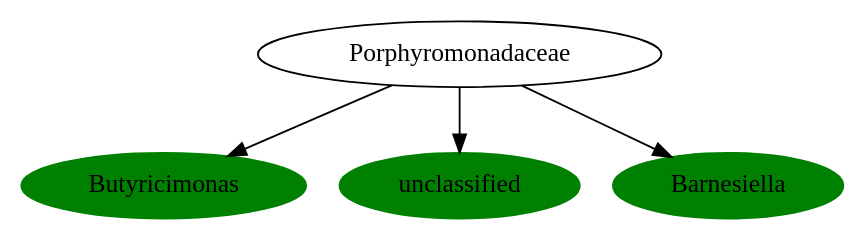
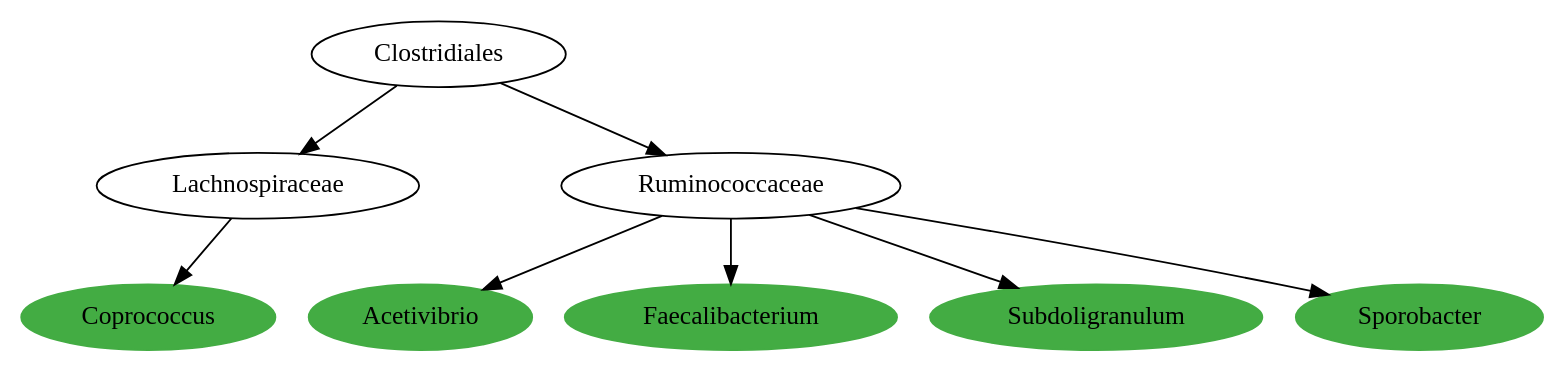
Before and after one commit to AndersHqst/thesis: the diagram in experiments/tmp/phylogenetic-tree/dotfiles/3.dot, drawn with Graphviz. The commit also changed 228 other files, not shown here.

Commit message:
Updated graph coloring scripts. Co-exclusions are now indicated by edge label font coloring, and phylographer will also show u<1 patterns in red only

```diff
--- a/experiments/tmp/phylogenetic-tree/dotfiles/3.dot
+++ b/experiments/tmp/phylogenetic-tree/dotfiles/3.dot
@@ -1,15 +1,29 @@
 digraph G { 
-	PorphyromonadaceaeButyricimonas [label="Butyricimonas", color="green", style=filled];
-	BacteroidalesPorphyromonadaceae [label="Porphyromonadaceae"];
-	PorphyromonadaceaeButyricimonas [label="Butyricimonas"];
-	BacteroidalesPorphyromonadaceae -> PorphyromonadaceaeButyricimonas;
-	Porphyromonadaceaeunclassified [label="unclassified", color="green", style=filled];
-	BacteroidalesPorphyromonadaceae [label="Porphyromonadaceae"];
-	Porphyromonadaceaeunclassified [label="unclassified"];
-	BacteroidalesPorphyromonadaceae -> Porphyromonadaceaeunclassified;
-	PorphyromonadaceaeBarnesiella [label="Barnesiella", color="green", style=filled];
-	BacteroidalesPorphyromonadaceae [label="Porphyromonadaceae"];
-	PorphyromonadaceaeBarnesiella [label="Barnesiella"];
-	BacteroidalesPorphyromonadaceae -> PorphyromonadaceaeBarnesiella;
+	LachnospiraceaeCoprococcus [label="Coprococcus", color="#43AC43", style=filled];
+	ClostridialesLachnospiraceae [label="Lachnospiraceae"];
+	LachnospiraceaeCoprococcus [label="Coprococcus"];
+	ClostridialesLachnospiraceae -> LachnospiraceaeCoprococcus;
+	ClostridiaClostridiales [label="Clostridiales"];
+	ClostridialesLachnospiraceae [label="Lachnospiraceae"];
+	ClostridiaClostridiales -> ClostridialesLachnospiraceae;
+	RuminococcaceaeAcetivibrio [label="Acetivibrio", color="#43AC43", style=filled];
+	ClostridialesRuminococcaceae [label="Ruminococcaceae"];
+	RuminococcaceaeAcetivibrio [label="Acetivibrio"];
+	ClostridialesRuminococcaceae -> RuminococcaceaeAcetivibrio;
+	ClostridiaClostridiales [label="Clostridiales"];
+	ClostridialesRuminococcaceae [label="Ruminococcaceae"];
+	ClostridiaClostridiales -> ClostridialesRuminococcaceae;
+	RuminococcaceaeFaecalibacterium [label="Faecalibacterium", color="#43AC43", style=filled];
+	ClostridialesRuminococcaceae [label="Ruminococcaceae"];
+	RuminococcaceaeFaecalibacterium [label="Faecalibacterium"];
+	ClostridialesRuminococcaceae -> RuminococcaceaeFaecalibacterium;
+	RuminococcaceaeSubdoligranulum [label="Subdoligranulum", color="#43AC43", style=filled];
+	ClostridialesRuminococcaceae [label="Ruminococcaceae"];
+	RuminococcaceaeSubdoligranulum [label="Subdoligranulum"];
+	ClostridialesRuminococcaceae -> RuminococcaceaeSubdoligranulum;
+	RuminococcaceaeSporobacter [label="Sporobacter", color="#43AC43", style=filled];
+	ClostridialesRuminococcaceae [label="Ruminococcaceae"];
+	RuminococcaceaeSporobacter [label="Sporobacter"];
+	ClostridialesRuminococcaceae -> RuminococcaceaeSporobacter;
 
  }
```
